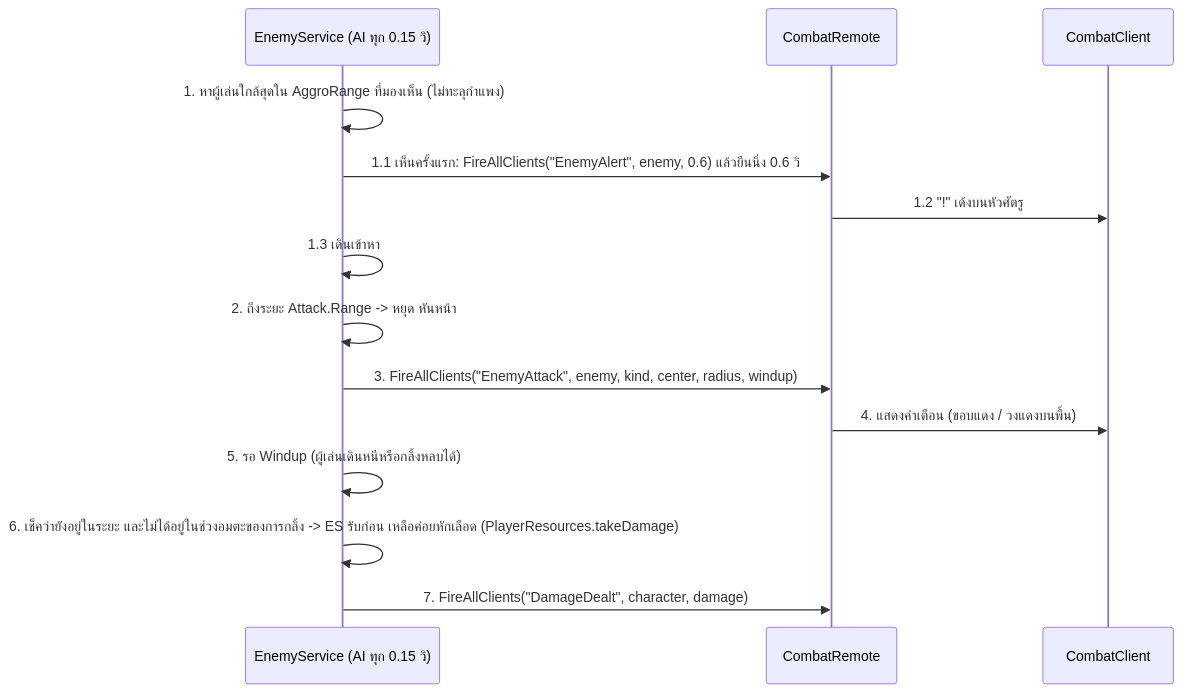
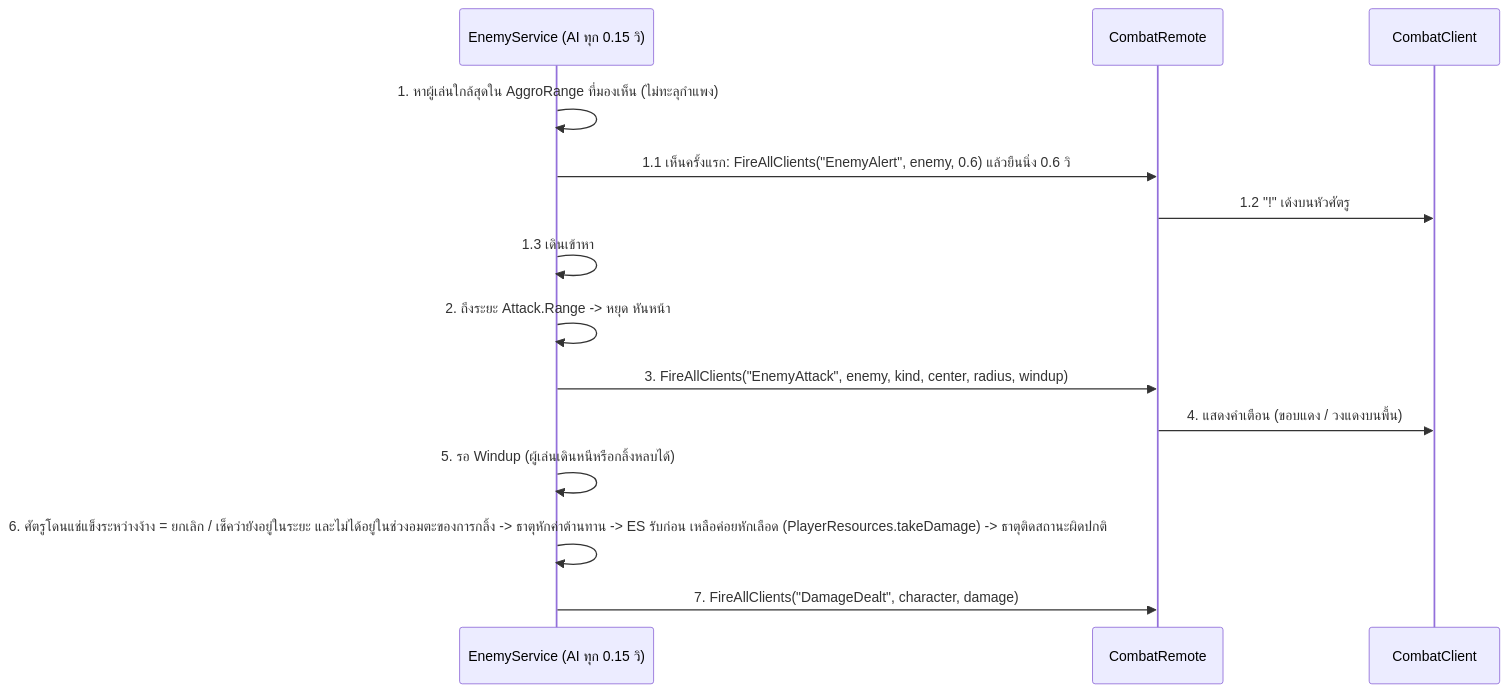
One commit to Weerapap3006/POE-ROBLOX changed the second of 2 diagrams in ARCHITECTURE.md. Above: the diagram before and after it, drawn with Mermaid. The commit also changed other lines of this file and 17 other files, not shown here.

````diff
--- a/ARCHITECTURE.md
+++ b/ARCHITECTURE.md
@@ -336,17 +383,17 @@
 ```mermaid
 sequenceDiagram
     participant E as EnemyService (AI ทุก 0.15 วิ)
     participant R as CombatRemote
     participant C as CombatClient
 
     E->>E: 1. หาผู้เล่นใกล้สุดใน AggroRange ที่มองเห็น (ไม่ทะลุกำแพง)
     E->>R: 1.1 เห็นครั้งแรก: FireAllClients("EnemyAlert", enemy, 0.6) แล้วยืนนิ่ง 0.6 วิ
     R->>C: 1.2 "!" เด้งบนหัวศัตรู
     E->>E: 1.3 เดินเข้าหา
     E->>E: 2. ถึงระยะ Attack.Range -> หยุด หันหน้า
     E->>R: 3. FireAllClients("EnemyAttack", enemy, kind, center, radius, windup)
     R->>C: 4. แสดงคำเตือน (ขอบแดง / วงแดงบนพื้น)
     E->>E: 5. รอ Windup (ผู้เล่นเดินหนีหรือกลิ้งหลบได้)
-    E->>E: 6. เช็คว่ายังอยู่ในระยะ และไม่ได้อยู่ในช่วงอมตะของการกลิ้ง -> ES รับก่อน เหลือค่อยหักเลือด (PlayerResources.takeDamage)
+    E->>E: 6. ศัตรูโดนแช่แข็งระหว่างง้าง = ยกเลิก / เช็คว่ายังอยู่ในระยะ และไม่ได้อยู่ในช่วงอมตะของการกลิ้ง -> ธาตุหักค่าต้านทาน -> ES รับก่อน เหลือค่อยหักเลือด (PlayerResources.takeDamage) -> ธาตุติดสถานะผิดปกติ
     E->>R: 7. FireAllClients("DamageDealt", character, damage)
 ```
````
